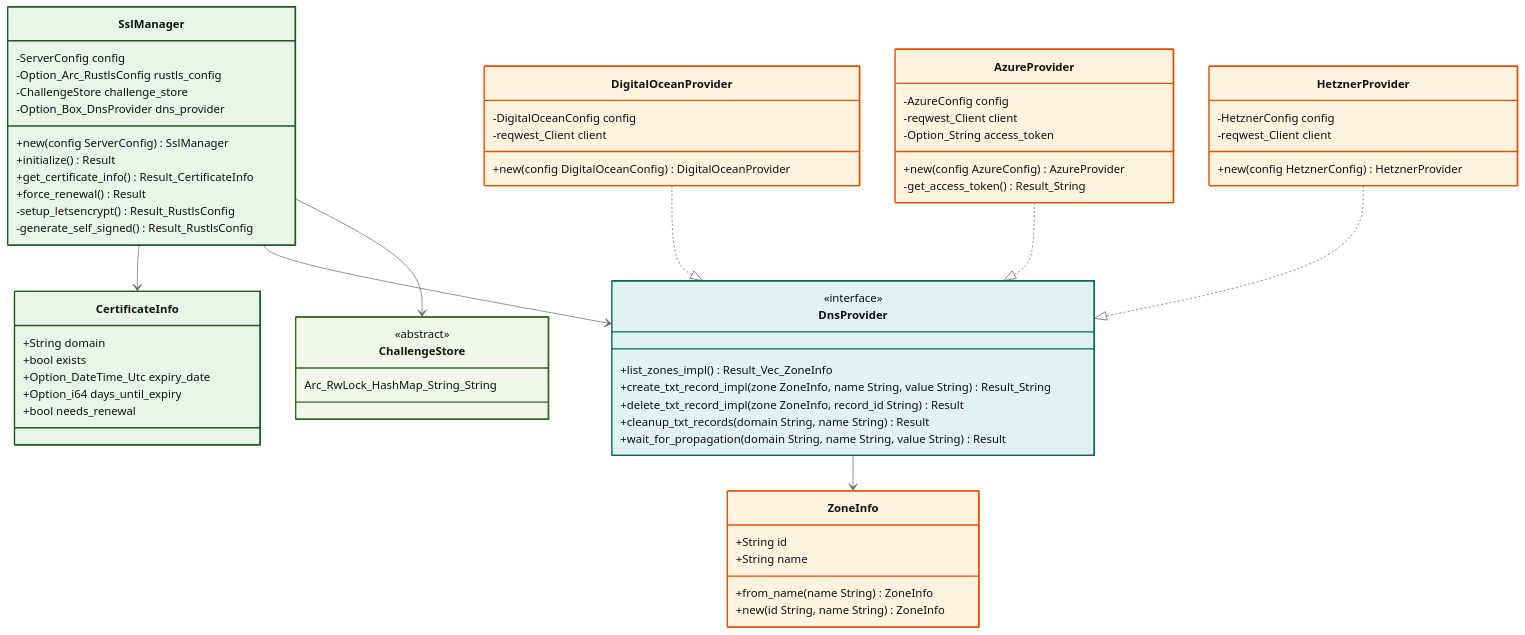
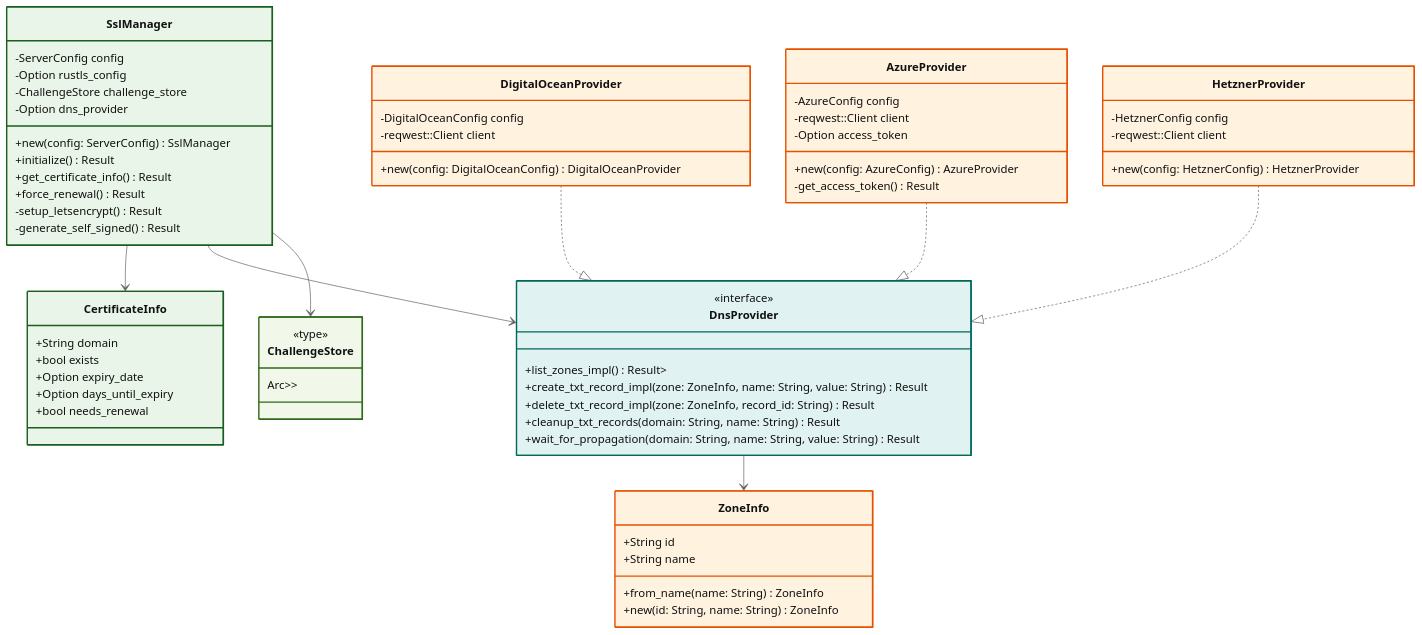
The second of 3 diagrams in docs/exposeme_class_diagram.md (arch7tect/exposeme), drawn with Mermaid (neutral theme) before and after one commit. The commit also changed other lines of this file, not shown here.

Commit message:
class diag

````diff
--- a/docs/exposeme_class_diagram.md
+++ b/docs/exposeme_class_diagram.md
@@ -118,79 +118,79 @@
 ```mermaid
 classDiagram
     class SslManager:::ssl {
         -ServerConfig config
-        -Option_Arc_RustlsConfig rustls_config
+        -Option<RustlsConfig> rustls_config
         -ChallengeStore challenge_store
-        -Option_Box_DnsProvider dns_provider
-        +new(config ServerConfig) SslManager
+        -Option<DnsProvider> dns_provider
+        +new(config: ServerConfig) SslManager
         +initialize() Result
-        +get_certificate_info() Result_CertificateInfo
+        +get_certificate_info() Result<CertificateInfo>
         +force_renewal() Result
-        -setup_letsencrypt() Result_RustlsConfig
-        -generate_self_signed() Result_RustlsConfig
+        -setup_letsencrypt() Result<RustlsConfig>
+        -generate_self_signed() Result<RustlsConfig>
     }
 
     class CertificateInfo:::ssl {
         +String domain
         +bool exists
-        +Option_DateTime_Utc expiry_date
-        +Option_i64 days_until_expiry
+        +Option<DateTime> expiry_date
+        +Option<i64> days_until_expiry
         +bool needs_renewal
     }
 
     class DnsProvider:::interface {
         <<interface>>
-        +list_zones_impl() Result_Vec_ZoneInfo
-        +create_txt_record_impl(zone ZoneInfo, name String, value String) Result_String
-        +delete_txt_record_impl(zone ZoneInfo, record_id String) Result
-        +cleanup_txt_records(domain String, name String) Result
-        +wait_for_propagation(domain String, name String, value String) Result
+        +list_zones_impl() Result<Vec<ZoneInfo>>
+        +create_txt_record_impl(zone: ZoneInfo, name: String, value: String) Result<String>
+        +delete_txt_record_impl(zone: ZoneInfo, record_id: String) Result
+        +cleanup_txt_records(domain: String, name: String) Result
+        +wait_for_propagation(domain: String, name: String, value: String) Result
     }
 
     class ZoneInfo:::dns {
         +String id
         +String name
-        +from_name(name String) ZoneInfo
-        +new(id String, name String) ZoneInfo
+        +from_name(name: String) ZoneInfo
+        +new(id: String, name: String) ZoneInfo
     }
 
     class DigitalOceanProvider:::dns {
         -DigitalOceanConfig config
-        -reqwest_Client client
-        +new(config DigitalOceanConfig) DigitalOceanProvider
+        -reqwest::Client client
+        +new(config: DigitalOceanConfig) DigitalOceanProvider
     }
 
     class AzureProvider:::dns {
         -AzureConfig config
-        -reqwest_Client client
-        -Option_String access_token
-        +new(config AzureConfig) AzureProvider
-        -get_access_token() Result_String
+        -reqwest::Client client
+        -Option<String> access_token
+        +new(config: AzureConfig) AzureProvider
+        -get_access_token() Result<String>
     }
 
     class HetznerProvider:::dns {
         -HetznerConfig config
-        -reqwest_Client client
-        +new(config HetznerConfig) HetznerProvider
+        -reqwest::Client client
+        +new(config: HetznerConfig) HetznerProvider
     }
 
     class ChallengeStore:::store {
-        <<abstract>>
-        Arc_RwLock_HashMap_String_String
+        <<type>>
+        Arc<RwLock<HashMap<String, String>>>
     }
 
     %% Relationships
     SslManager --> CertificateInfo
     SslManager --> DnsProvider
     SslManager --> ChallengeStore
     DigitalOceanProvider ..|> DnsProvider
     AzureProvider ..|> DnsProvider
     HetznerProvider ..|> DnsProvider
     DnsProvider --> ZoneInfo
 
     %% Styling
     classDef ssl fill:#e8f5e8,stroke:#1b5e20,stroke-width:2px;
     classDef dns fill:#fff3e0,stroke:#e65100,stroke-width:2px;
     classDef interface fill:#e0f2f1,stroke:#00695c,stroke-width:2px;
     classDef store fill:#f1f8e9,stroke:#33691e,stroke-width:2px;
 ```
````
